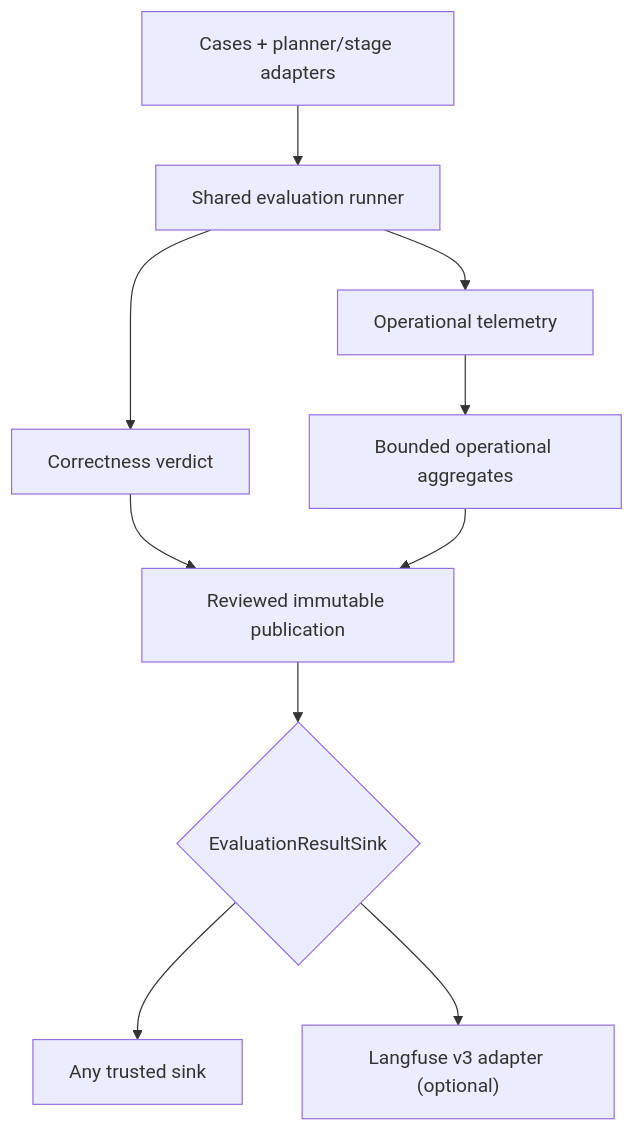
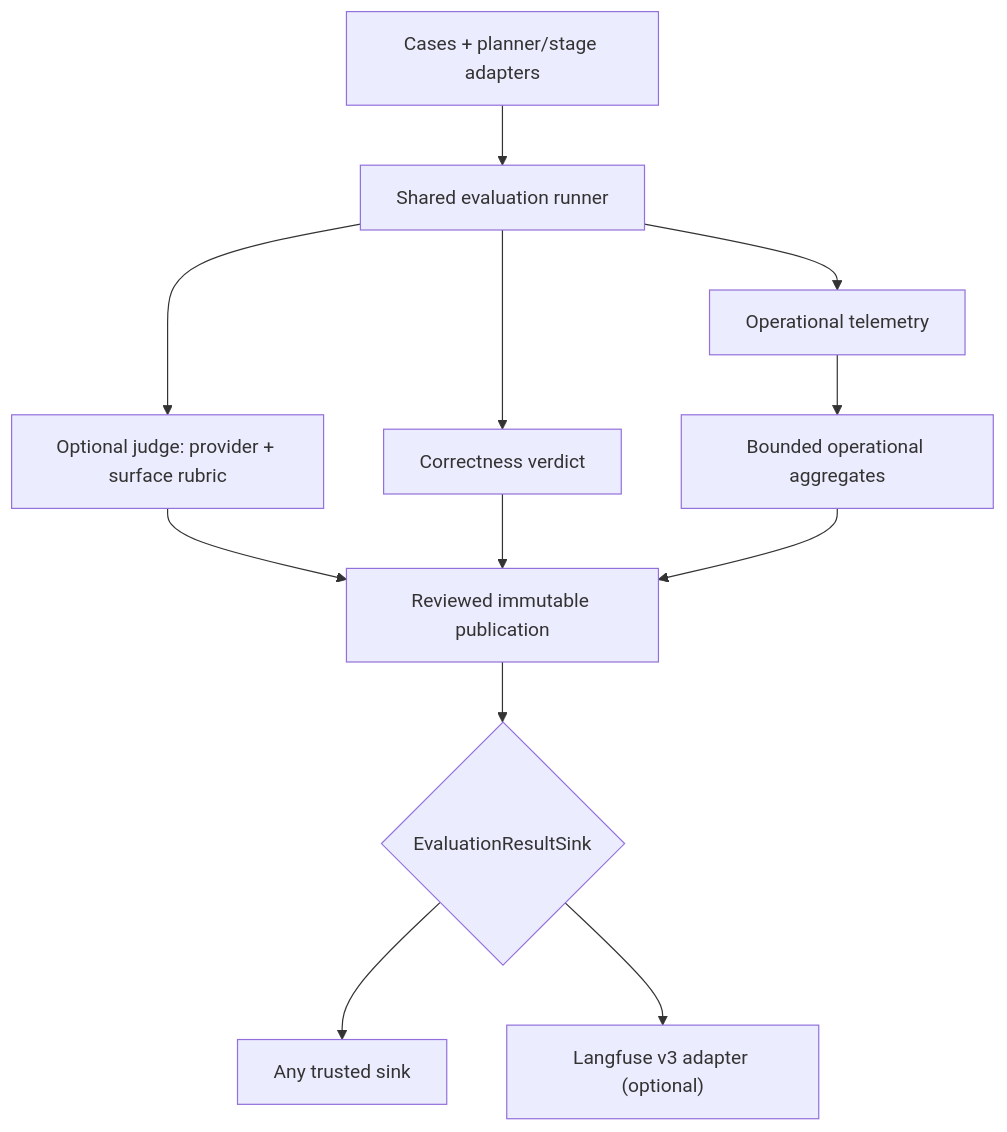
The diagram in apps/docs/src/content/docs/guides/engine/evaluations.mdx (maelstrom-co/maelstrom), drawn with Mermaid before and after one commit. The commit also changed other lines of this file and 57 other files, not shown here.

````diff
--- a/apps/docs/src/content/docs/guides/engine/evaluations.mdx
+++ b/apps/docs/src/content/docs/guides/engine/evaluations.mdx
@@ -13,12 +13,14 @@
 ```mermaid
 flowchart TD
   Cases["Cases + planner/stage adapters"] --> Runner["Shared evaluation runner"]
   Runner --> Verdict["Correctness verdict"]
+  Runner --> Judge["Optional judge: provider + surface rubric"]
+  Judge --> Publication
   Runner --> Telemetry["Operational telemetry"]
   Telemetry --> Aggregate["Bounded operational aggregates"]
   Verdict --> Publication["Reviewed immutable publication"]
   Aggregate --> Publication
   Publication --> Sink{"EvaluationResultSink"}
   Sink --> Custom["Any trusted sink"]
   Sink --> Langfuse["Langfuse v3 adapter (optional)"]
 ```
````
